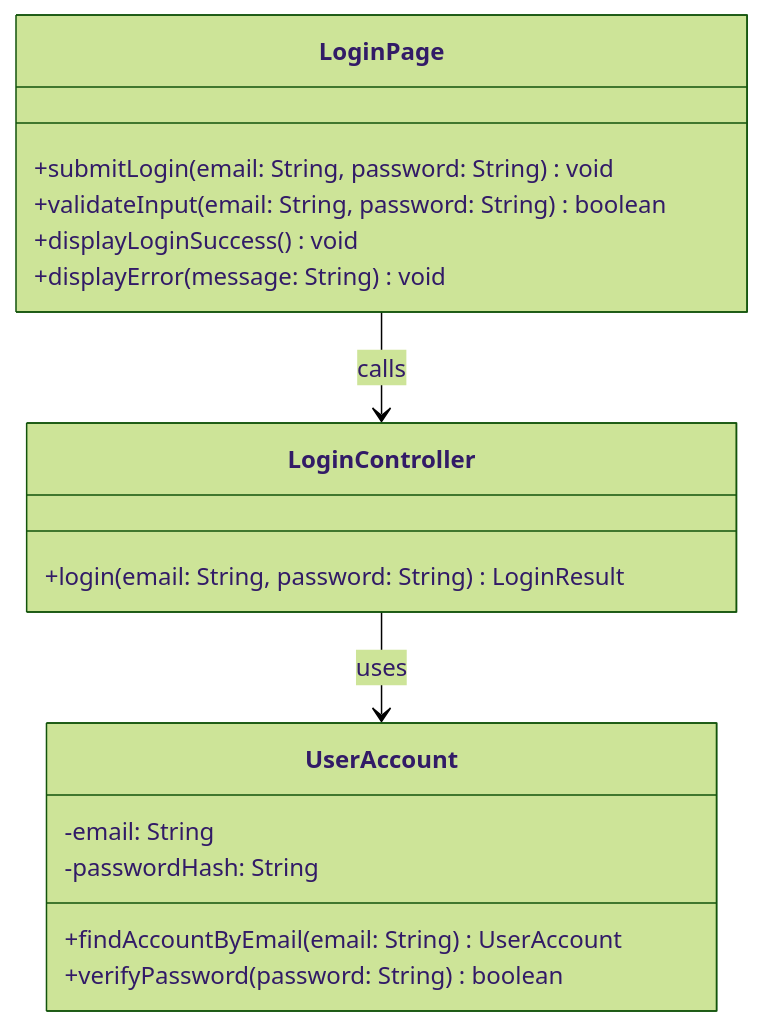
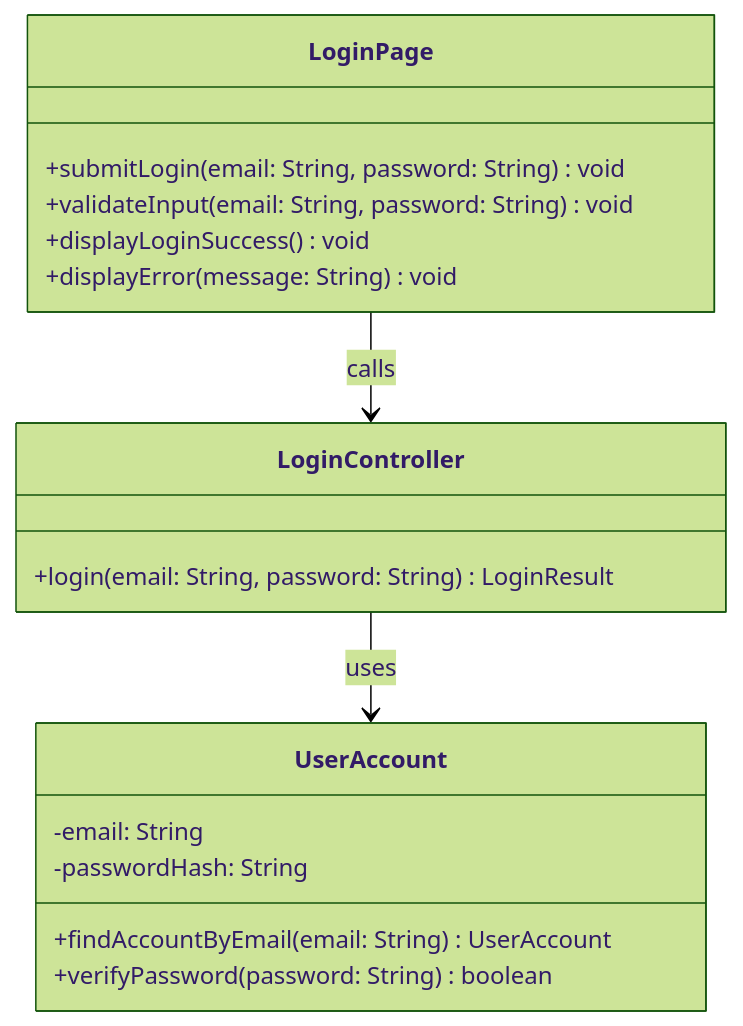
Before and after one commit to JSL124/SDM-project: the diagram in docs/login/class-diagram.md, drawn with Mermaid (forest theme). The commit also changed 32 other files, not shown here.

````diff
--- a/docs/login/class-diagram.md
+++ b/docs/login/class-diagram.md
@@ -3,23 +3,23 @@
 ```mermaid
 classDiagram
     class LoginPage {
         +submitLogin(email: String, password: String) void
-        +validateInput(email: String, password: String) boolean
+        +validateInput(email: String, password: String) void
         +displayLoginSuccess() void
         +displayError(message: String) void
     }
 
     class LoginController {
         +login(email: String, password: String) LoginResult
     }
 
     class UserAccount {
         -email: String
         -passwordHash: String
         +findAccountByEmail(email: String) UserAccount
         +verifyPassword(password: String) boolean
     }
 
     LoginPage --> LoginController : calls
     LoginController --> UserAccount : uses
 ```
````
